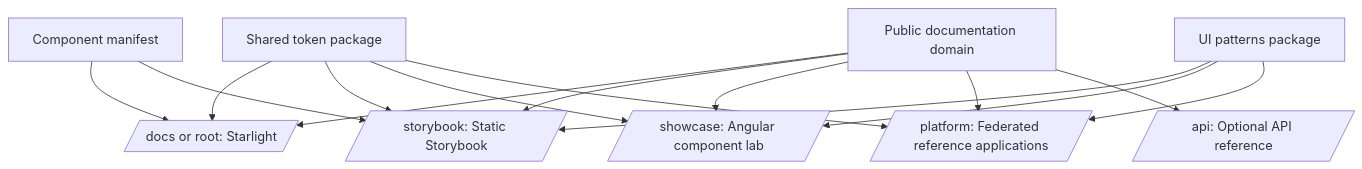
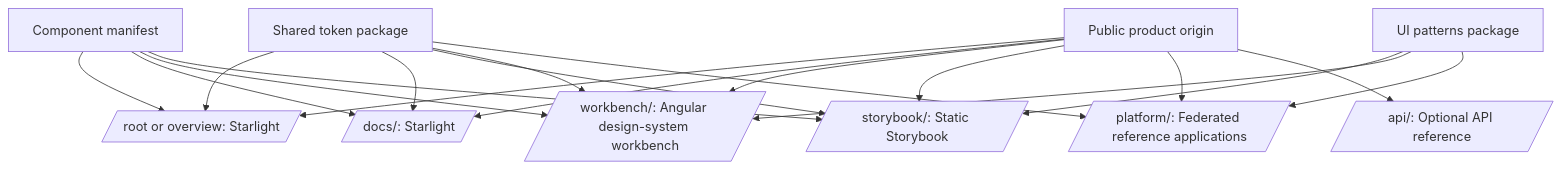
The second of 6 diagrams in docs/documentation-upgrade/04-target-technical-architecture.md (JeffreySanford/public-sector-federation), drawn with Mermaid before and after one commit. The commit also changed other lines of this file, not shown here.

Commit message:
docs: align technical architecture with apps/starlight

````diff
--- a/docs/documentation-upgrade/04-target-technical-architecture.md
+++ b/docs/documentation-upgrade/04-target-technical-architecture.md
@@ -41,21 +69,25 @@
 ```mermaid
 flowchart TD
-  Domain[Public documentation domain]
-  Domain --> Docs[/docs or root: Starlight/]
-  Domain --> Storybook[/storybook: Static Storybook/]
-  Domain --> Showcase[/showcase: Angular component lab/]
-  Domain --> Architecture[/platform: Federated reference applications/]
-  Domain --> API[/api: Optional API reference/]
+  Domain[Public product origin]
+  Domain --> Root[/ root or overview: Starlight /]
+  Domain --> Docs[/docs/: Starlight /]
+  Domain --> Workbench[/workbench/: Angular design-system workbench /]
+  Domain --> Storybook[/storybook/: Static Storybook /]
+  Domain --> Architecture[/platform/: Federated reference applications /]
+  Domain --> API[/api/: Optional API reference /]
 
-  Tokens[Shared token package] --> Docs
+  Tokens[Shared token package] --> Root
+  Tokens --> Docs
   Tokens --> Storybook
-  Tokens --> Showcase
+  Tokens --> Workbench
   Tokens --> Architecture
 
   Components[UI patterns package] --> Storybook
-  Components --> Showcase
+  Components --> Workbench
   Components --> Architecture
 
-  Manifest[Component manifest] --> Docs
+  Manifest[Component manifest] --> Root
+  Manifest --> Docs
+  Manifest --> Workbench
   Manifest --> Storybook
 ```
````
